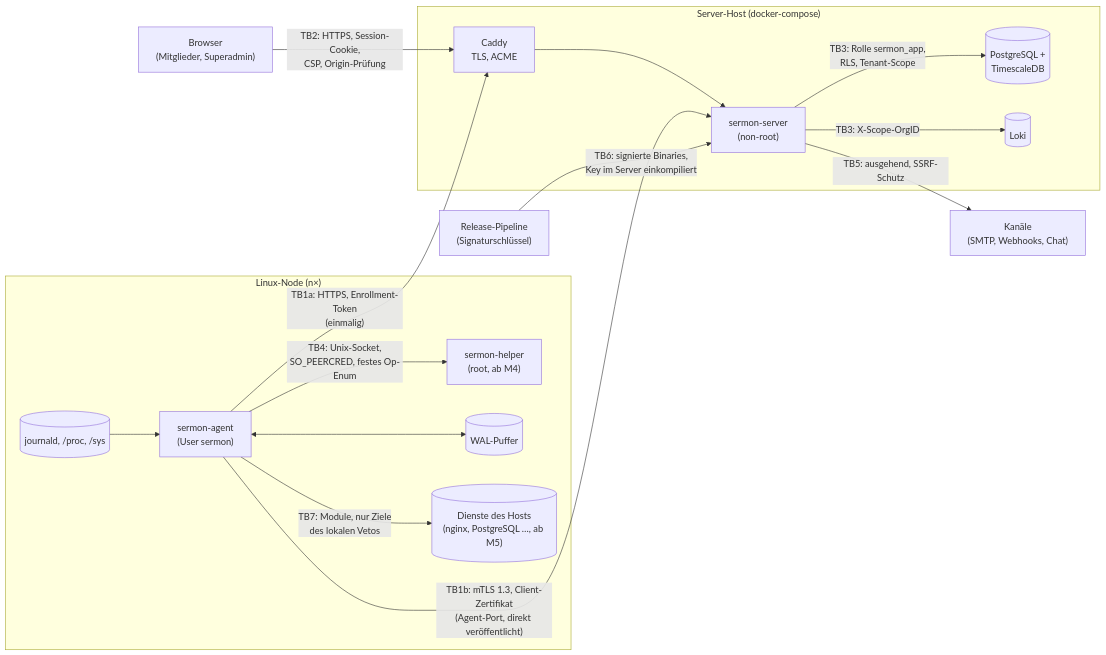
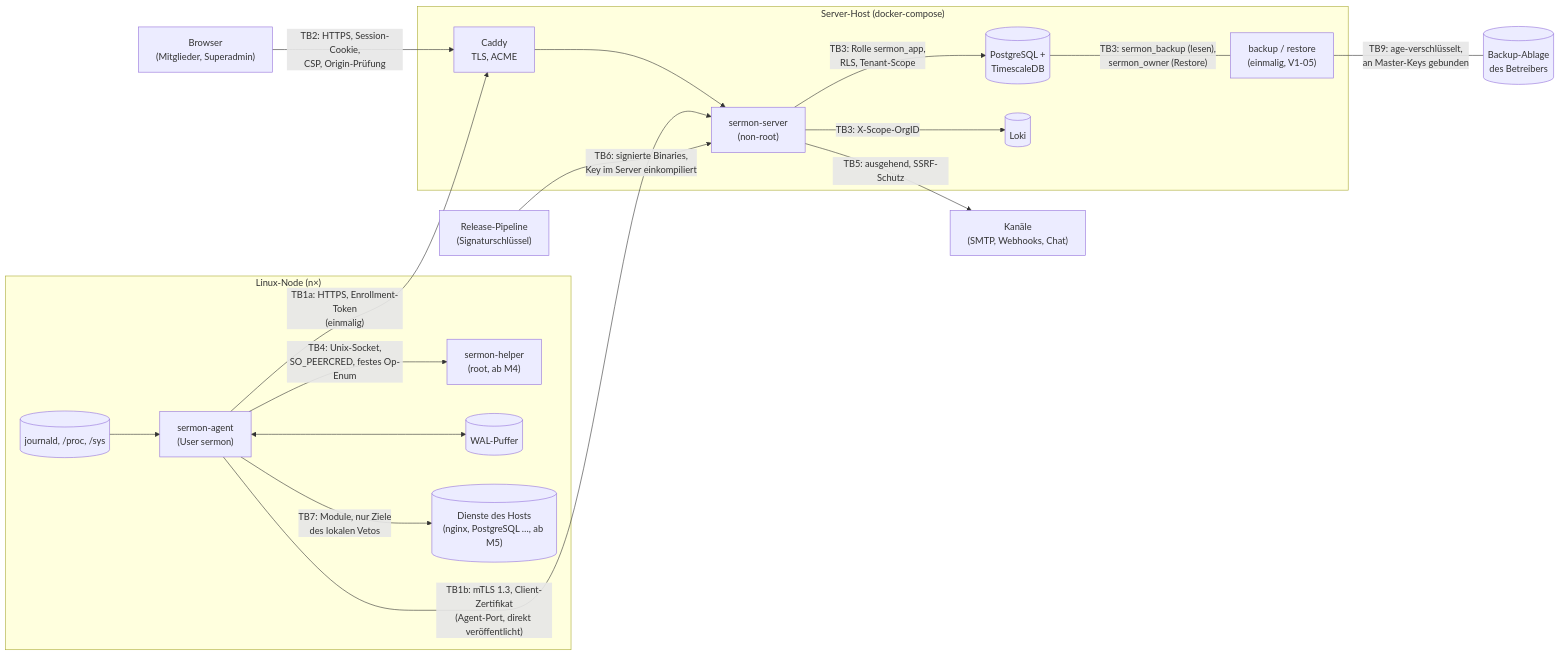
One commit to pmoscode/SerMon changed the diagram in docs/security/threat-model.md. Above: the diagram before and after it, drawn with Mermaid. The commit also changed other lines of this file and 41 other files, not shown here.

````diff
--- a/docs/security/threat-model.md
+++ b/docs/security/threat-model.md
@@ -43,31 +45,35 @@
 ```mermaid
 flowchart LR
   subgraph Node["Linux-Node (n×)"]
     Agent["sermon-agent<br/>(User sermon)"]
     Helper["sermon-helper<br/>(root, ab M4)"]
     Journal[("journald, /proc, /sys")]
     WAL[("WAL-Puffer")]
     Journal --> Agent
     Agent <--> WAL
     Agent -- "TB4: Unix-Socket,<br/>SO_PEERCRED, festes Op-Enum" --> Helper
     Services[("Dienste des Hosts<br/>(nginx, PostgreSQL …, ab M5)")]
     Agent -- "TB7: Module, nur Ziele<br/>des lokalen Vetos" --> Services
   end
   subgraph ServerHost["Server-Host (docker-compose)"]
     Caddy["Caddy<br/>TLS, ACME"]
     Server["sermon-server<br/>(non-root)"]
     PG[("PostgreSQL +<br/>TimescaleDB")]
     Loki[("Loki")]
     Server -- "TB3: Rolle sermon_app,<br/>RLS, Tenant-Scope" --> PG
     Server -- "TB3: X-Scope-OrgID" --> Loki
+    Backup["backup / restore<br/>(einmalig, V1-05)"]
+    PG -- "TB3: sermon_backup (lesen),<br/>sermon_owner (Restore)" --- Backup
   end
+  Store[("Backup-Ablage<br/>des Betreibers")]
+  Backup -- "TB9: age-verschlüsselt,<br/>an Master-Keys gebunden" --- Store
   Browser["Browser<br/>(Mitglieder, Superadmin)"]
   Channels["Kanäle<br/>(SMTP, Webhooks, Chat)"]
   Release["Release-Pipeline<br/>(Signaturschlüssel)"]
 
   Browser -- "TB2: HTTPS, Session-Cookie,<br/>CSP, Origin-Prüfung" --> Caddy --> Server
   Agent -- "TB1a: HTTPS, Enrollment-Token<br/>(einmalig)" --> Caddy
   Agent -- "TB1b: mTLS 1.3, Client-Zertifikat<br/>(Agent-Port, direkt veröffentlicht)" --> Server
   Server -- "TB5: ausgehend, SSRF-Schutz" --> Channels
   Release -- "TB6: signierte Binaries,<br/>Key im Server einkompiliert" --> Server
 ```
````
